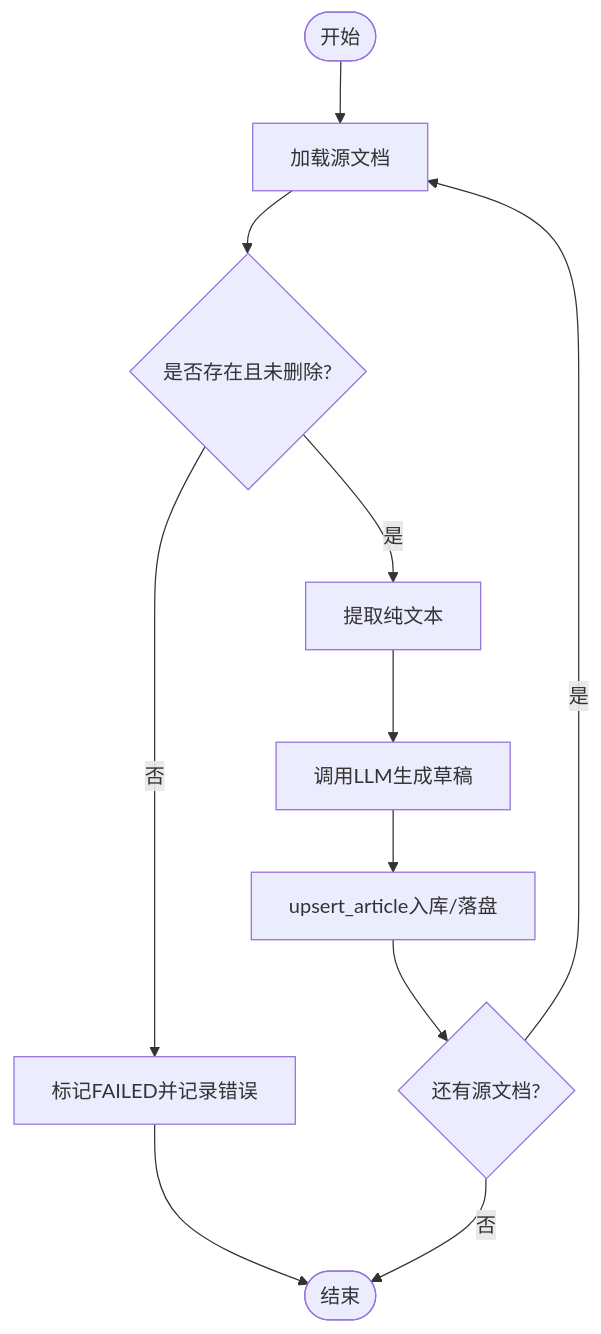
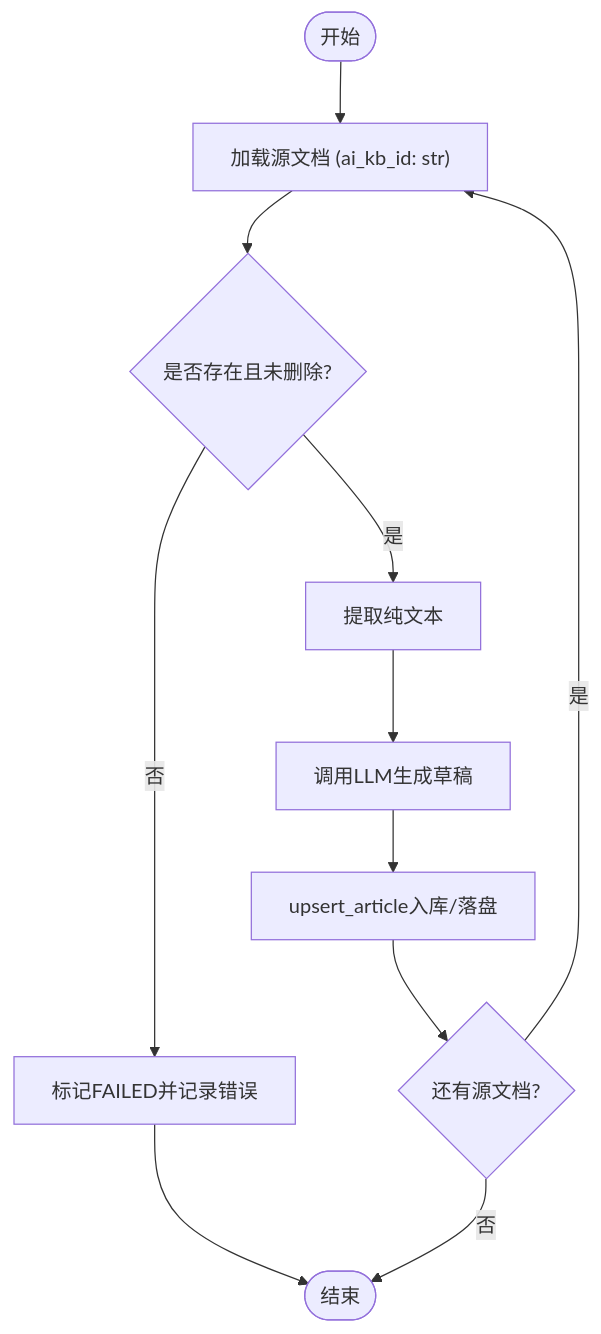
One commit to beyondalbert/my_wiki changed the fifth of 11 diagrams in .qoder/repowiki/zh/content/核心模块/AI知识库模块/AI知识库服务层.md. Above: the diagram before and after it, drawn with Mermaid. The commit also changed other lines of this file and 21 other files, not shown here.

````diff
--- a/.qoder/repowiki/zh/content/核心模块/AI知识库模块/AI知识库服务层.md
+++ b/.qoder/repowiki/zh/content/核心模块/AI知识库模块/AI知识库服务层.md
@@ -199,13 +209,13 @@
 ```mermaid
 flowchart TD
-Start(["开始"]) --> LoadSrc["加载源文档"]
+Start(["开始"]) --> LoadSrc["加载源文档 (ai_kb_id: str)"]
 LoadSrc --> Exists{"是否存在且未删除?"}
 Exists -- 否 --> Fail["标记FAILED并记录错误"]
 Exists -- 是 --> Extract["提取纯文本"]
 Extract --> CallLLM["调用LLM生成草稿"]
 CallLLM --> Upsert["upsert_article入库/落盘"]
 Upsert --> Next{"还有源文档?"}
 Next -- 是 --> LoadSrc
 Next -- 否 --> Done(["结束"])
 Fail --> Done
 ```
````
